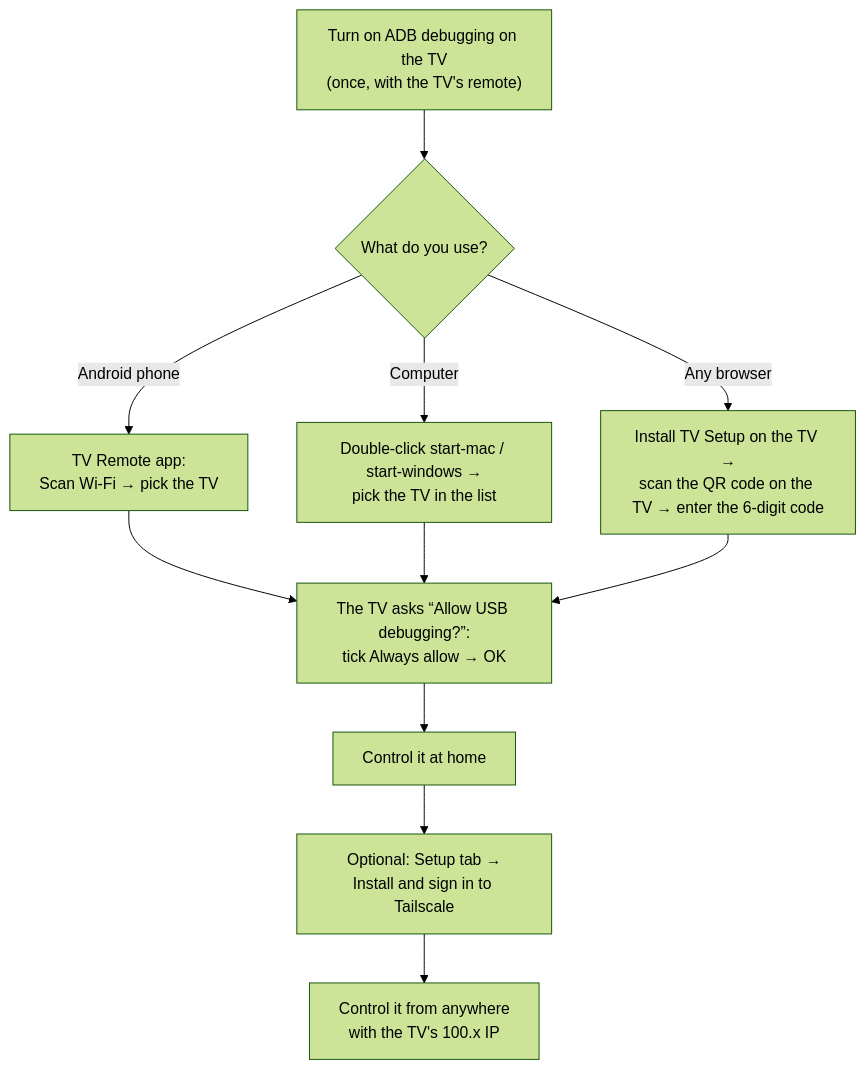
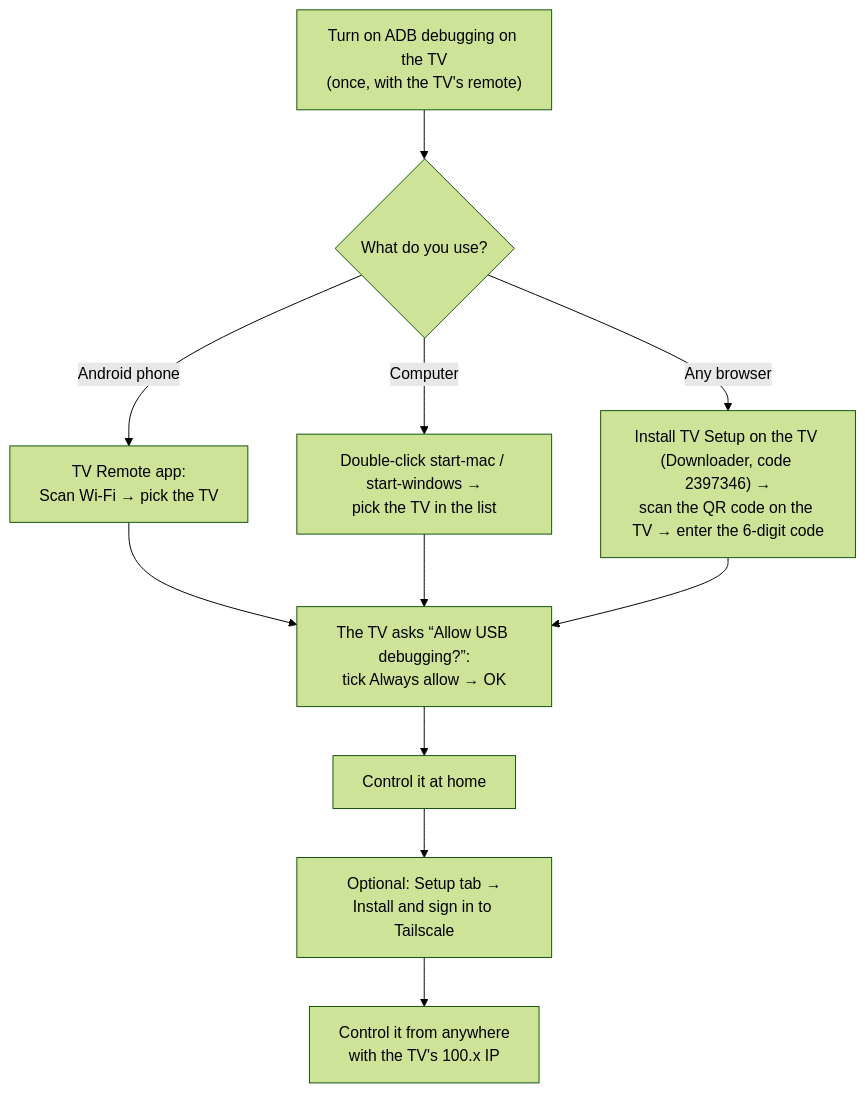
The first of 2 diagrams in README.en.md (9000000/tv-remote), drawn with Mermaid (forest theme) before and after one commit. The commit also changed other lines of this file and 9 other files, not shown here.

````diff
--- a/README.en.md
+++ b/README.en.md
@@ -27,13 +29,13 @@
 ```mermaid
 flowchart TD
     A["Turn on ADB debugging on the TV<br/>(once, with the TV's remote)"] --> B{"What do you use?"}
     B -- "Android phone" --> P["TV Remote app:<br/>Scan Wi-Fi → pick the TV"]
-    B -- "Any browser" --> T["Install TV Setup on the TV →<br/>scan the QR code on the TV → enter the 6-digit code"]
+    B -- "Any browser" --> T["Install TV Setup on the TV (Downloader, code 2397346) →<br/>scan the QR code on the TV → enter the 6-digit code"]
     B -- "Computer" --> W["Double-click start-mac / start-windows →<br/>pick the TV in the list"]
     P --> Q["The TV asks “Allow USB debugging?”:<br/>tick Always allow → OK"]
     W --> Q
     T --> Q
     Q --> R["Control it at home"]
     R --> S["Optional: Setup tab →<br/>Install and sign in to Tailscale"]
     S --> X["Control it from anywhere<br/>with the TV's 100.x IP"]
 ```
````
